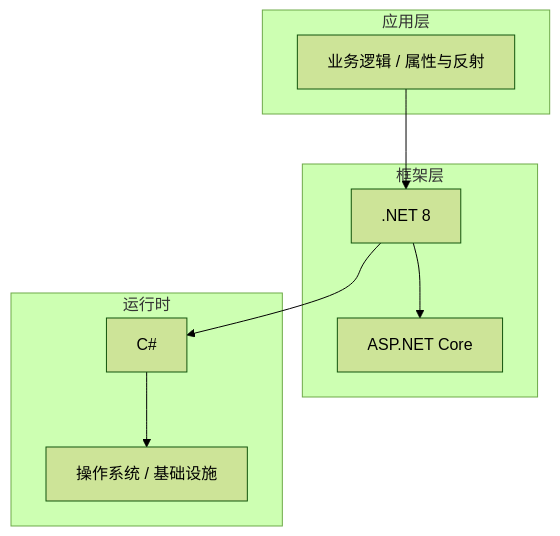
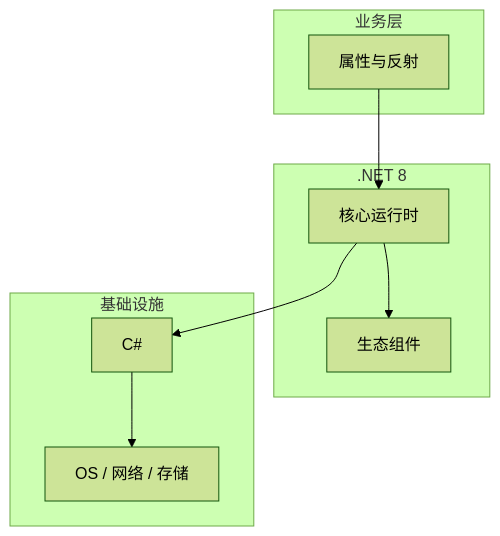
Before and after one commit to yanggan2015/knowledge-json-v2: the diagram in articles/C#/chapters/050-属性与反射核心概念与原理.md, drawn with Mermaid (forest theme). The commit also changed other lines of this file and 10127 other files, not shown here.

````diff
--- a/articles/C#/chapters/050-属性与反射核心概念与原理.md
+++ b/articles/C#/chapters/050-属性与反射核心概念与原理.md
@@ -45,18 +34,18 @@
 ```mermaid
 graph TB
-    subgraph 应用层
-        A[业务逻辑 / 属性与反射]
+    subgraph 业务层
+        A[属性与反射]
     end
-    subgraph 框架层
-        B[.NET 8]
-        C[ASP.NET Core]
+    subgraph .NET 8
+        B[核心运行时]
+        C[生态组件]
     end
-    subgraph 运行时
+    subgraph 基础设施
         D[C#]
-        E[操作系统 / 基础设施]
+        E[OS / 网络 / 存储]
     end
     A --> B
     B --> C
     B --> D
     D --> E
 ```
````
